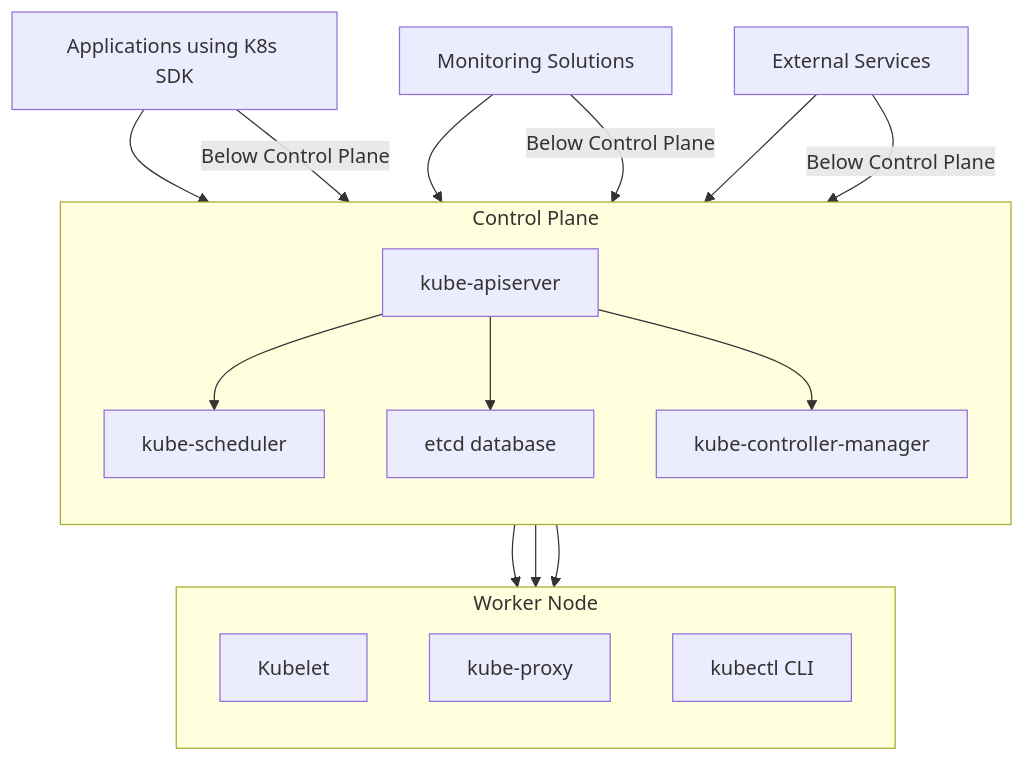
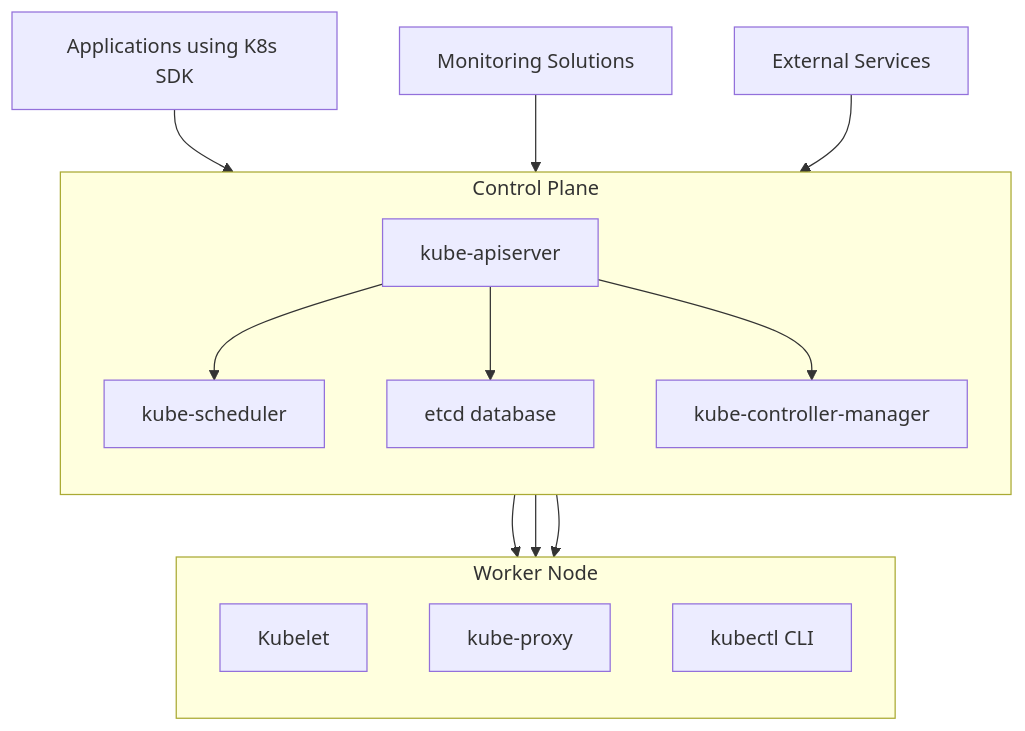
Before and after one commit to 007chiragshah/tucana: the first of 2 diagrams in Architecture_Overview.md, drawn with Mermaid.

````diff
--- a/Architecture_Overview.md
+++ b/Architecture_Overview.md
@@ -20,33 +20,28 @@
   ```mermaid 
   graph TD
+    H[Applications using K8s SDK] --> A
+    I[Monitoring Solutions] --> A
+    J[External Services] --> A
+
     subgraph "Control Plane"
         direction TB
         A[kube-apiserver]
         B[kube-scheduler]
         C[etcd database]
         D[kube-controller-manager]
     end
 
     subgraph "Worker Node"
         direction TB
         E[Kubelet]
         F[kube-proxy]
         G[kubectl CLI]
     end
 
     A --> B
     A --> C
     A --> D
     A --> E
     A --> F
     A --> G
-
-    H[Applications using K8s SDK] --> A
-    I[Monitoring Solutions] --> A
-    J[External Services] --> A
-
-    H -->|Below Control Plane| A
-    I -->|Below Control Plane| A
-    J -->|Below Control Plane| A
-
   ```
````
